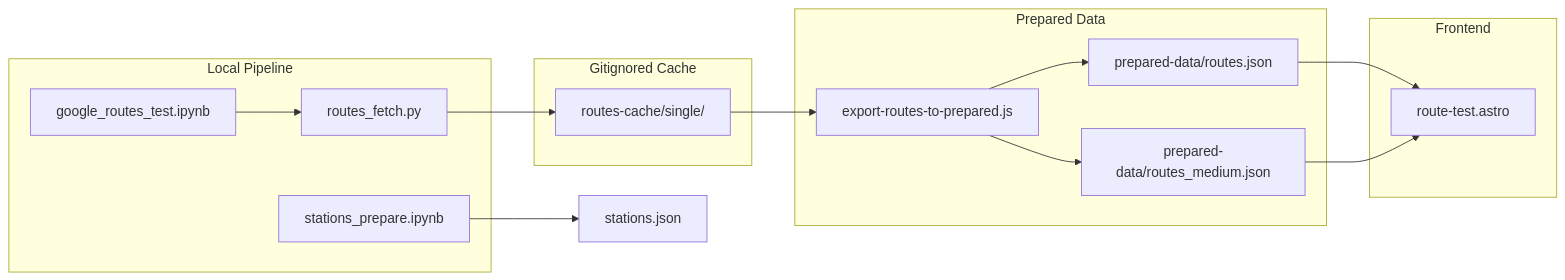
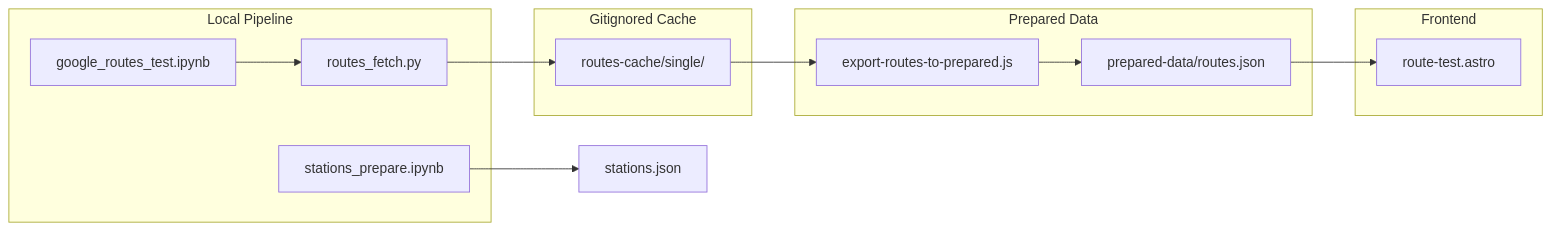
Before and after one commit to NickMarcha/INF252-Course-Project: the diagram in docs/Routes.md, drawn with Mermaid. The commit also changed other lines of this file and 6 other files, not shown here.

Commit message:
Removed routes medium format

````diff
--- a/docs/Routes.md
+++ b/docs/Routes.md
@@ -7,27 +7,24 @@
 ```mermaid
 flowchart LR
     subgraph local [Local Pipeline]
         NB1[stations_prepare.ipynb]
         NB2[google_routes_test.ipynb]
         RF[routes_fetch.py]
     end
     subgraph cache [Gitignored Cache]
         RC[routes-cache/single/]
     end
     subgraph prepared [Prepared Data]
         Export[export-routes-to-prepared.js]
         Routes[prepared-data/routes.json]
-        RoutesMedium[prepared-data/routes_medium.json]
     end
     subgraph frontend [Frontend]
         RT[route-test.astro]
     end
     NB1 --> Stations[stations.json]
     NB2 --> RF
     RF --> RC
     RC --> Export
     Export --> Routes
-    Export --> RoutesMedium
     Routes --> RT
-    RoutesMedium --> RT
 ```
````
